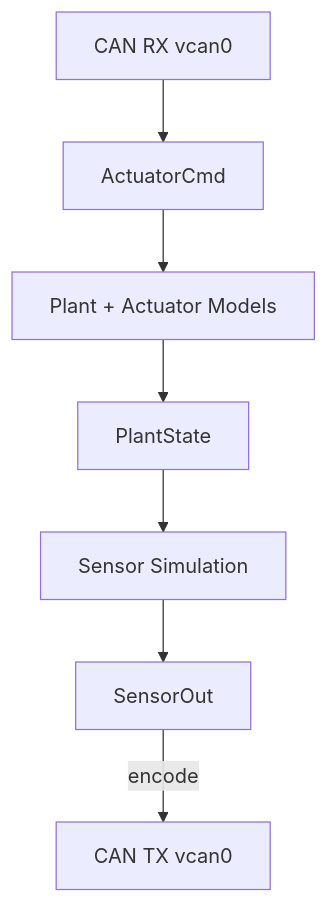
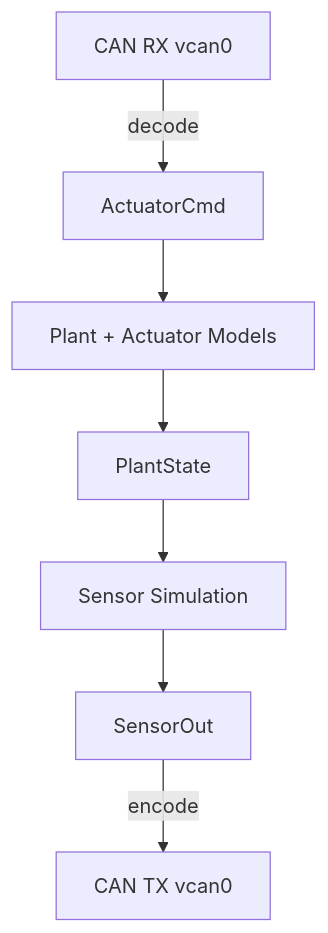
Before and after one commit to mtilocca/vehicle-Dynamics-Sim-Can: the first of 2 diagrams in README.md, drawn with Mermaid. The commit also changed other lines of this file, not shown here.

````diff
--- a/README.md
+++ b/README.md
@@ -77,9 +77,9 @@
 ```mermaid
 flowchart TD
-  CANRX[CAN RX vcan0] -->CMD[ActuatorCmd]
+  CANRX[CAN RX vcan0] -->|decode| CMD[ActuatorCmd]
   CMD --> PLANT[Plant +  Actuator Models]
   PLANT --> STATE[PlantState]
   STATE --> SENS[Sensor Simulation]
   SENS --> MEAS[SensorOut]
   MEAS -->|encode| CANTX[CAN TX vcan0]
 ```
````
